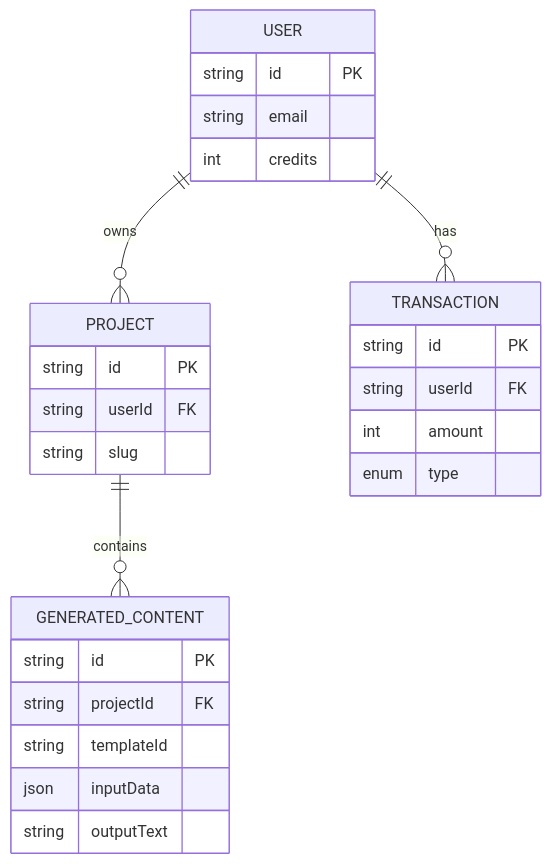
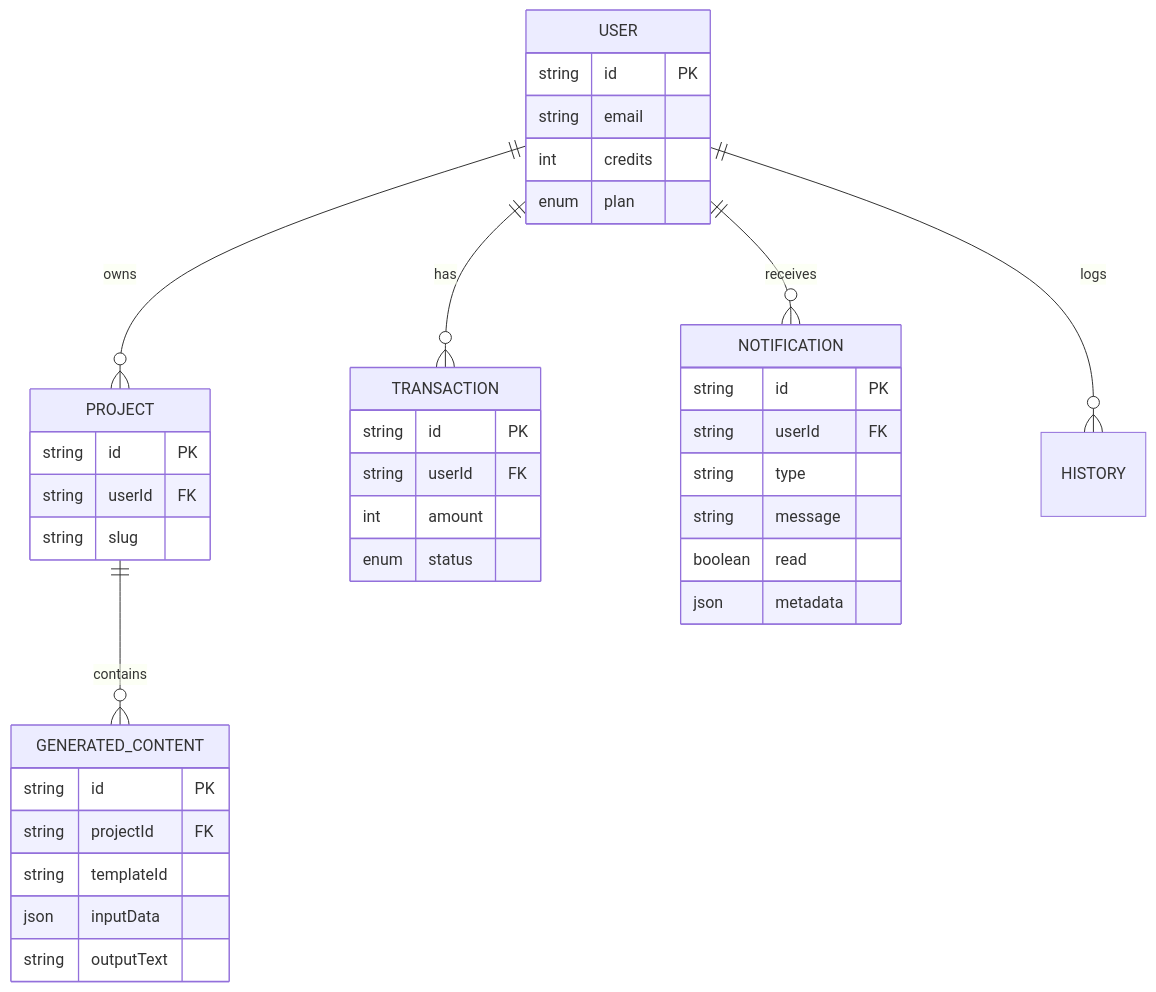
The diagram in docs/SCHEMA_RELATIONSHIPS.md (GamerQuanTuM/Quant-AI), drawn with Mermaid before and after one commit. The commit also changed other lines of this file and 17 other files, not shown here.

````diff
--- a/docs/SCHEMA_RELATIONSHIPS.md
+++ b/docs/SCHEMA_RELATIONSHIPS.md
@@ -39,33 +54,45 @@
 ```mermaid
 erDiagram
     USER ||--o{ PROJECT : owns
     USER ||--o{ TRANSACTION : has
+    USER ||--o{ NOTIFICATION : receives
+    USER ||--o{ HISTORY : logs
     PROJECT ||--o{ GENERATED_CONTENT : contains
 
     USER {
         string id PK
         string email
         int credits
+        enum plan
     }
 
     PROJECT {
         string id PK
         string userId FK
         string slug
     }
 
     GENERATED_CONTENT {
         string id PK
         string projectId FK
         string templateId
         json inputData
         string outputText
     }
 
     TRANSACTION {
         string id PK
         string userId FK
         int amount
-        enum type
+        enum status
+    }
+
+    NOTIFICATION {
+        string id PK
+        string userId FK
+        string type
+        string message
+        boolean read
+        json metadata
     }
 ```
````
